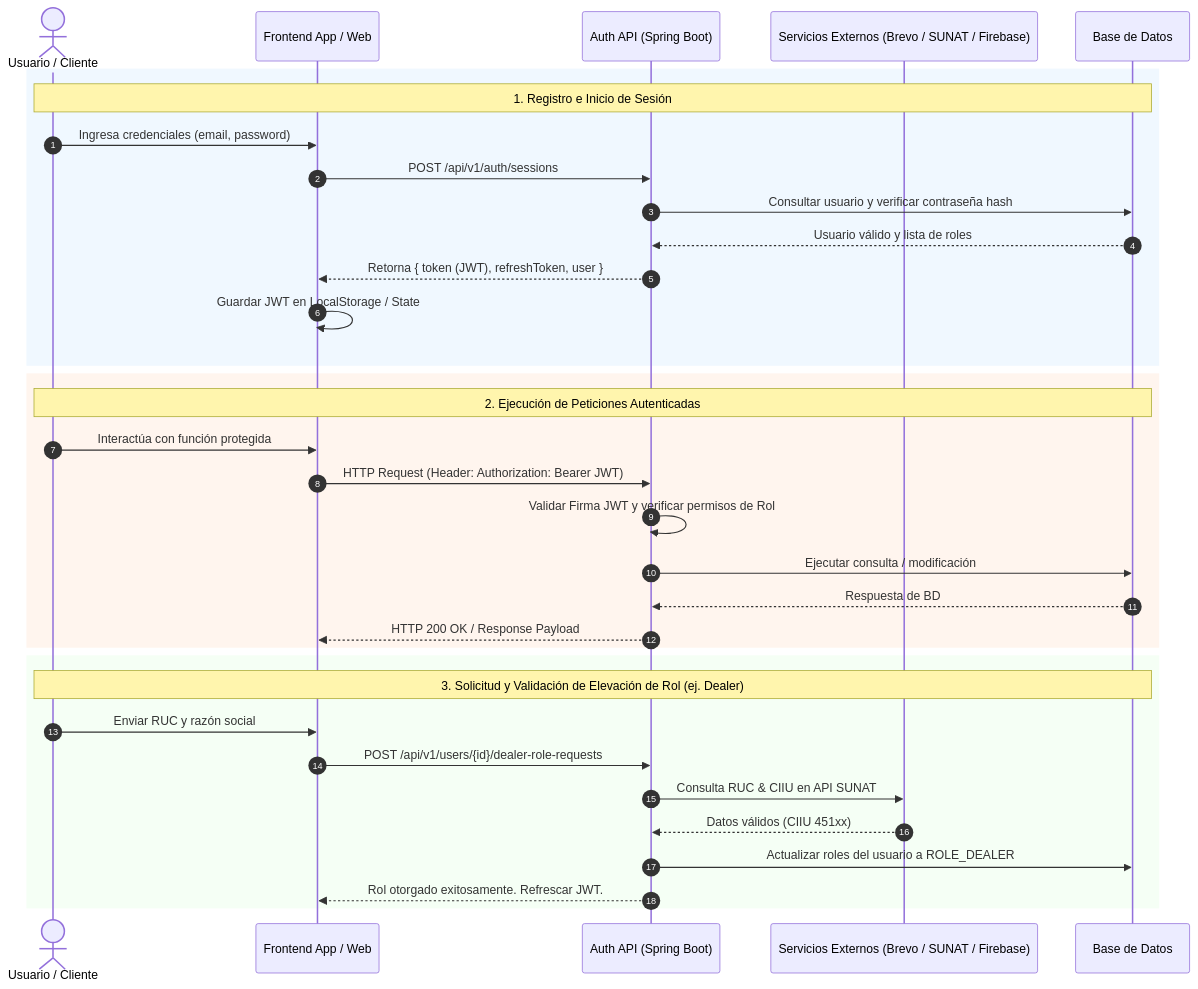
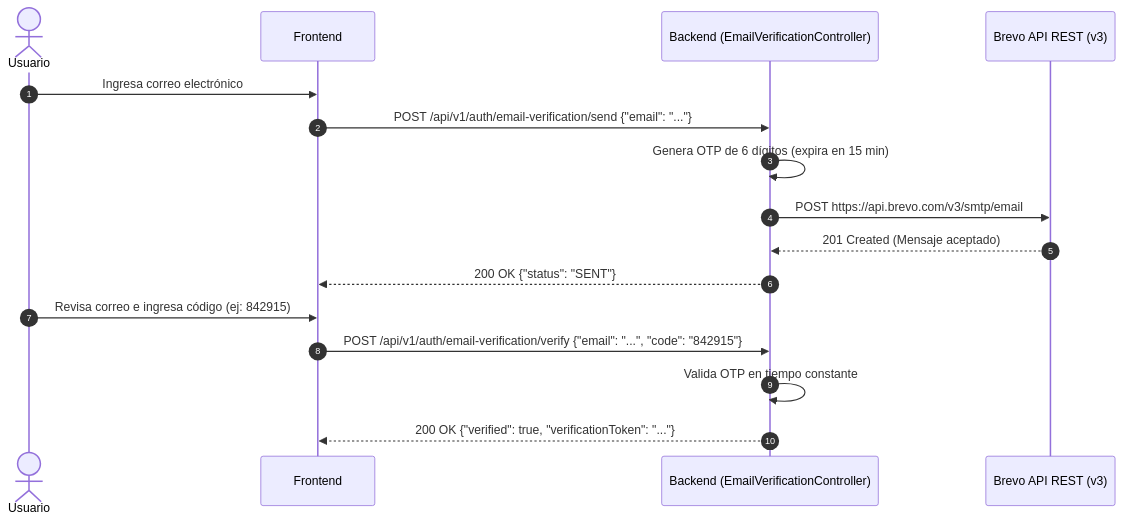
Before and after one commit to tux-squad/smartfinance-drive-platform: the first of 2 diagrams in docs/authentication-flow.md, drawn with Mermaid. The commit also changed other lines of this file, not shown here.

Commit message:
docs: detail email and phone verification flows in authentication-flow.md

````diff
--- a/docs/authentication-flow.md
+++ b/docs/authentication-flow.md
@@ -164,39 +146,20 @@
 ```mermaid
 sequenceDiagram
     autonumber
-    actor Usuario as Usuario / Cliente
-    participant Frontend as Frontend App / Web
-    participant API as Auth API (Spring Boot)
-    participant Service as Servicios Externos (Brevo / SUNAT / Firebase)
-    participant DB as Base de Datos
+    actor Usuario
+    participant Frontend
+    participant API as Backend (EmailVerificationController)
+    participant Brevo as Brevo API REST (v3)
 
-    rect rgb(240, 248, 255)
-    note over Usuario, DB: 1. Registro e Inicio de Sesión
-    Usuario->>Frontend: Ingresa credenciales (email, password)
-    Frontend->>API: POST /api/v1/auth/sessions
-    API->>DB: Consultar usuario y verificar contraseña hash
-    DB-->>API: Usuario válido y lista de roles
-    API-->>Frontend: Retorna { token (JWT), refreshToken, user }
-    Frontend->>Frontend: Guardar JWT en LocalStorage / State
-    end
-
-    rect rgb(255, 245, 238)
-    note over Usuario, DB: 2. Ejecución de Peticiones Autenticadas
-    Usuario->>Frontend: Interactúa con función protegida
-    Frontend->>API: HTTP Request (Header: Authorization: Bearer JWT)
-    API->>API: Validar Firma JWT y verificar permisos de Rol
-    API->>DB: Ejecutar consulta / modificación
-    DB-->>API: Respuesta de BD
-    API-->>Frontend: HTTP 200 OK / Response Payload
-    end
-
-    rect rgb(245, 255, 245)
-    note over Usuario, DB: 3. Solicitud y Validación de Elevación de Rol (ej. Dealer)
-    Usuario->>Frontend: Enviar RUC y razón social
-    Frontend->>API: POST /api/v1/users/{id}/dealer-role-requests
-    API->>Service: Consulta RUC & CIIU en API SUNAT
-    Service-->>API: Datos válidos (CIIU 451xx)
-    API->>DB: Actualizar roles del usuario a ROLE_DEALER
-    API-->>Frontend: Rol otorgado exitosamente. Refrescar JWT.
-    end
+    Usuario->>Frontend: Ingresa correo electrónico
+    Frontend->>API: POST /api/v1/auth/email-verification/send {"email": "..."}
+    API->>API: Genera OTP de 6 dígitos (expira en 15 min)
+    API->>Brevo: POST https://api.brevo.com/v3/smtp/email
+    Brevo-->>API: 201 Created (Mensaje aceptado)
+    API-->>Frontend: 200 OK {"status": "SENT"}
+    
+    Usuario->>Frontend: Revisa correo e ingresa código (ej: 842915)
+    Frontend->>API: POST /api/v1/auth/email-verification/verify {"email": "...", "code": "842915"}
+    API->>API: Valida OTP en tiempo constante
+    API-->>Frontend: 200 OK {"verified": true, "verificationToken": "..."}
 ```
````
